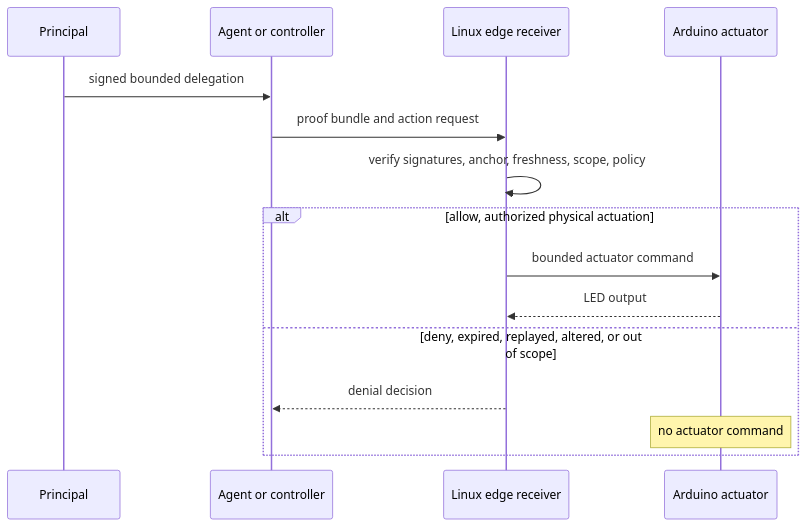
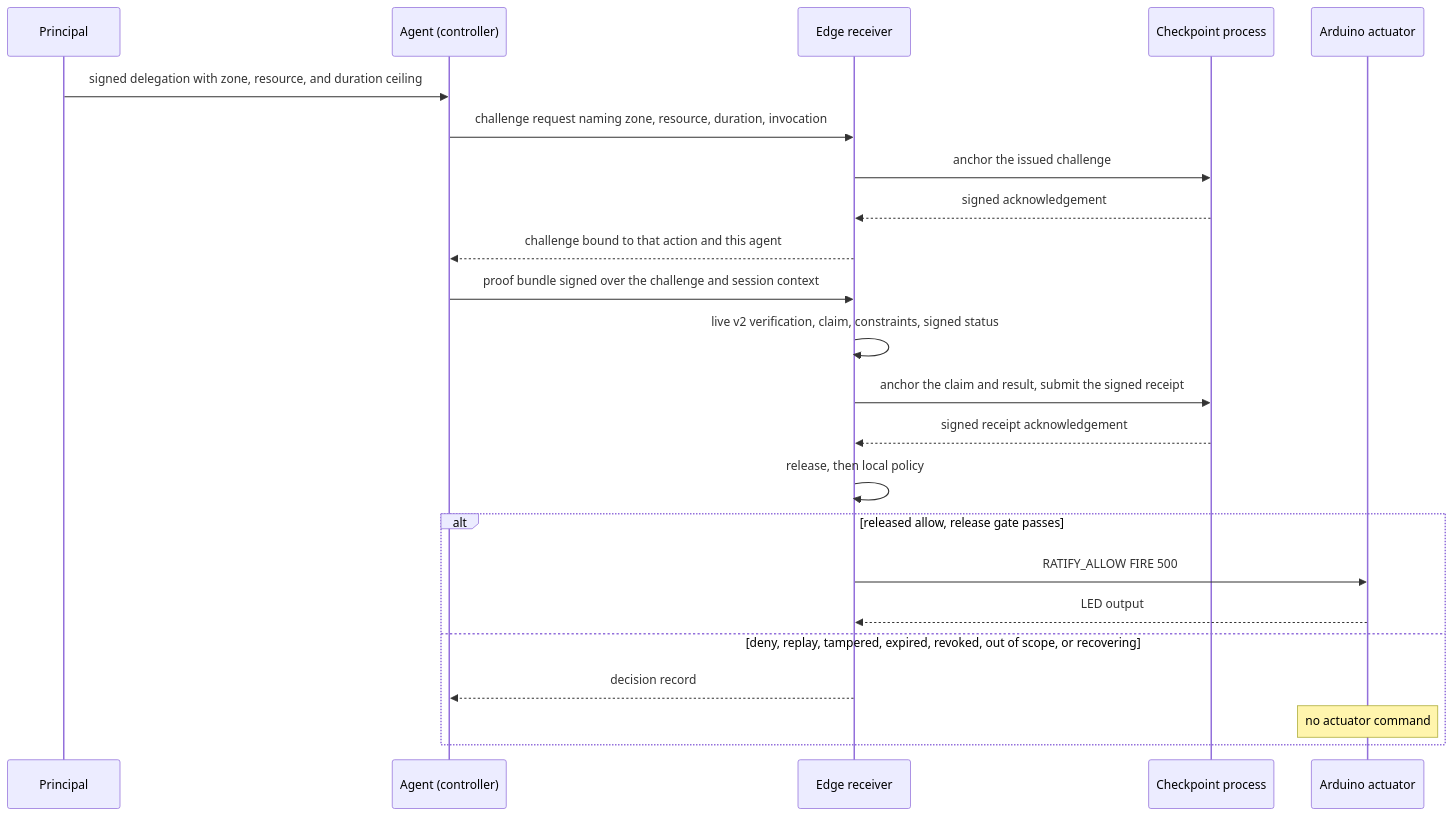
The second of 2 diagrams in references/physical-ai-edge-sentinel/README.md (identities-ai/ratify-protocol), drawn with Mermaid before and after one commit. The commit also changed other lines of this file and 876 other files, not shown here.

````diff
--- a/references/physical-ai-edge-sentinel/README.md
+++ b/references/physical-ai-edge-sentinel/README.md
@@ -59,17 +63,25 @@
 ```mermaid
 sequenceDiagram
     participant P as Principal
-    participant A as Agent or controller
-    participant E as Linux edge receiver
+    participant A as Agent (controller)
+    participant E as Edge receiver
+    participant K as Checkpoint process
     participant R as Arduino actuator
-    P->>A: signed bounded delegation
-    A->>E: proof bundle and action request
-    E->>E: verify signatures, anchor, freshness, scope, policy
-    alt allow, authorized physical actuation
-        E->>R: bounded actuator command
+    P->>A: signed delegation with zone, resource, and duration ceiling
+    A->>E: challenge request naming zone, resource, duration, invocation
+    E->>K: anchor the issued challenge
+    K-->>E: signed acknowledgement
+    E-->>A: challenge bound to that action and this agent
+    A->>E: proof bundle signed over the challenge and session context
+    E->>E: live v2 verification, claim, constraints, signed status
+    E->>K: anchor the claim and result, submit the signed receipt
+    K-->>E: signed receipt acknowledgement
+    E->>E: release, then local policy
+    alt released allow, release gate passes
+        E->>R: RATIFY_ALLOW FIRE 500
         R-->>E: LED output
-    else deny, expired, replayed, altered, or out of scope
-        E-->>A: denial decision
+    else deny, replay, tampered, expired, revoked, out of scope, or recovering
+        E-->>A: decision record
         Note over R: no actuator command
     end
 ```
````
